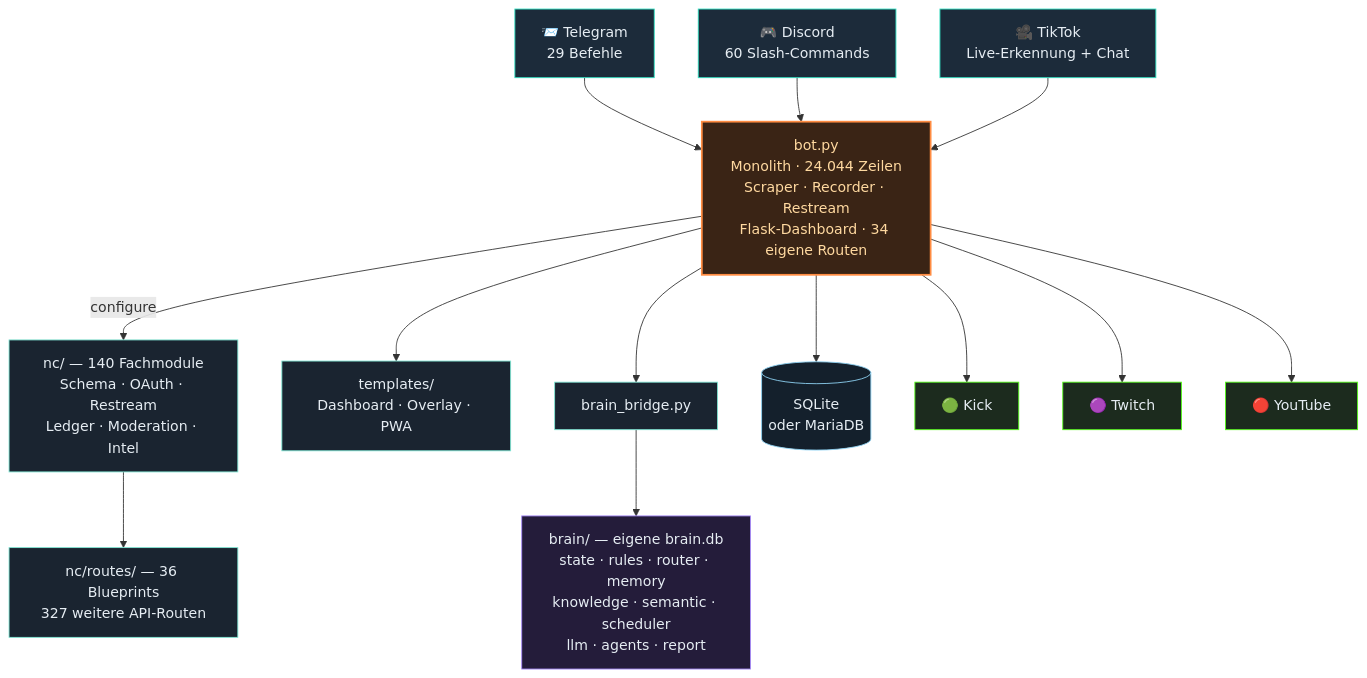
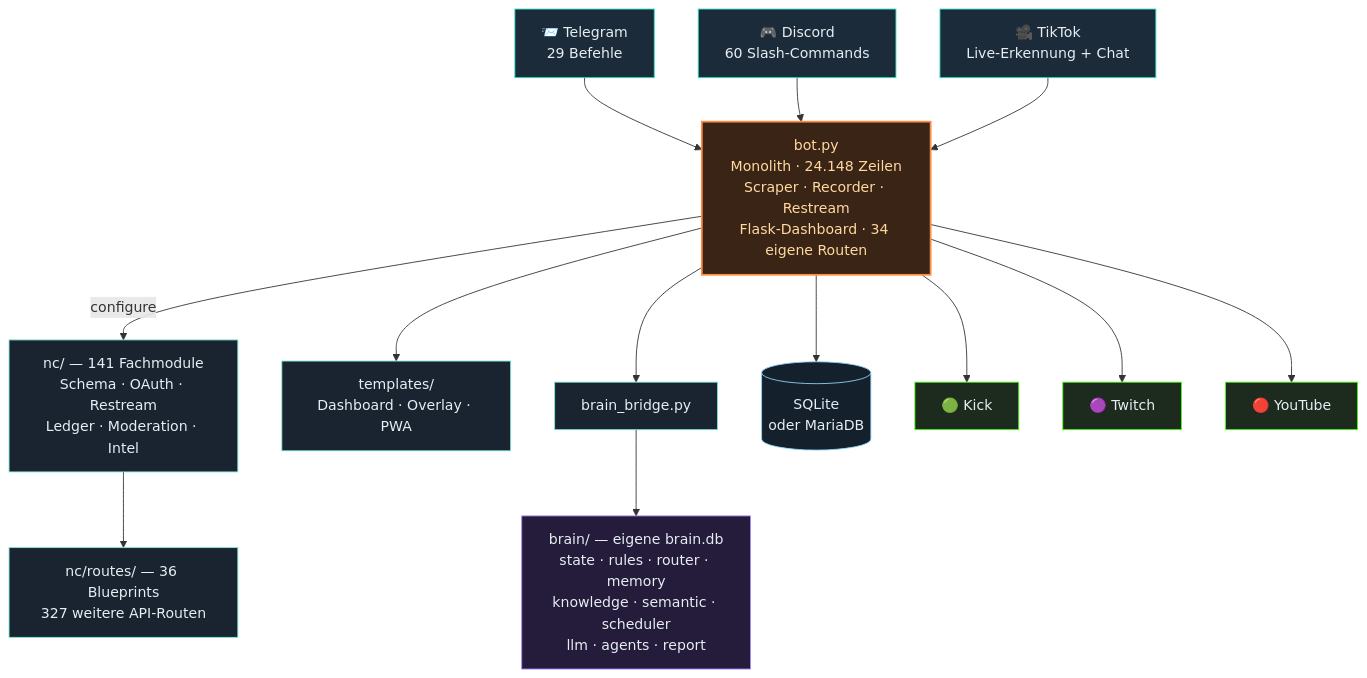
The third of 4 diagrams in README.md (itsamemedev/Telegram-Stream-Info-Bot), drawn with Mermaid before and after one commit. The commit also changed other lines of this file and 14 other files, not shown here.

````diff
--- a/README.md
+++ b/README.md
@@ -189,30 +189,30 @@
 ```mermaid
 flowchart TB
     TG["📨 Telegram<br/>29 Befehle"]:::ein
     DC["🎮 Discord<br/>60 Slash-Commands"]:::ein
     TT["🎥 TikTok<br/>Live-Erkennung + Chat"]:::ein
 
     TG --> BOT
     DC --> BOT
     TT --> BOT
 
-    BOT["bot.py<br/>Monolith · 24.044 Zeilen<br/>Scraper · Recorder · Restream<br/>Flask-Dashboard · 34 eigene Routen"]:::core
+    BOT["bot.py<br/>Monolith · 24.148 Zeilen<br/>Scraper · Recorder · Restream<br/>Flask-Dashboard · 34 eigene Routen"]:::core
 
-    BOT -->|configure| NC["nc/ — 140 Fachmodule<br/>Schema · OAuth · Restream<br/>Ledger · Moderation · Intel"]:::lib
+    BOT -->|configure| NC["nc/ — 141 Fachmodule<br/>Schema · OAuth · Restream<br/>Ledger · Moderation · Intel"]:::lib
     NC --> RT["nc/routes/ — 36 Blueprints<br/>327 weitere API-Routen"]:::lib
     BOT --> TPL["templates/<br/>Dashboard · Overlay · PWA"]:::lib
     BOT --> BR["brain_bridge.py"]:::lib
     BR --> BRAIN["brain/ — eigene brain.db<br/>state · rules · router · memory<br/>knowledge · semantic · scheduler<br/>llm · agents · report"]:::brain
     BOT --> DB[("SQLite<br/>oder MariaDB")]:::db
 
     BOT --> KICK["🟢 Kick"]:::out
     BOT --> TW["🟣 Twitch"]:::out
     BOT --> YT["🔴 YouTube"]:::out
 
     classDef ein fill:#1c2b3a,stroke:#2de1c2,color:#e6edf3
     classDef core fill:#3a2415,stroke:#ff8c42,stroke-width:2px,color:#ffd9a0
     classDef lib fill:#1a2430,stroke:#7fe7d4,color:#e6edf3
     classDef brain fill:#241c3a,stroke:#a78bfa,color:#e6edf3
     classDef db fill:#14202c,stroke:#8fd3f4,color:#e6edf3
     classDef out fill:#1c2b1e,stroke:#53fc18,color:#e6edf3
 ```
````
